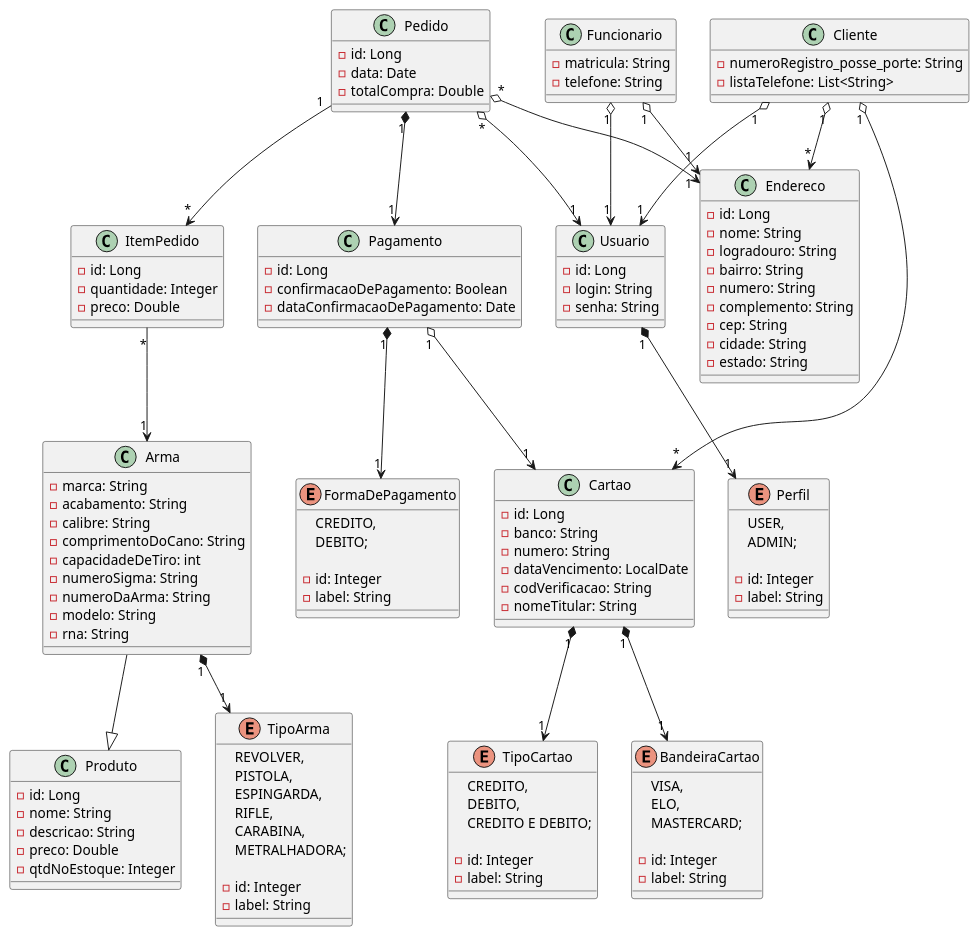
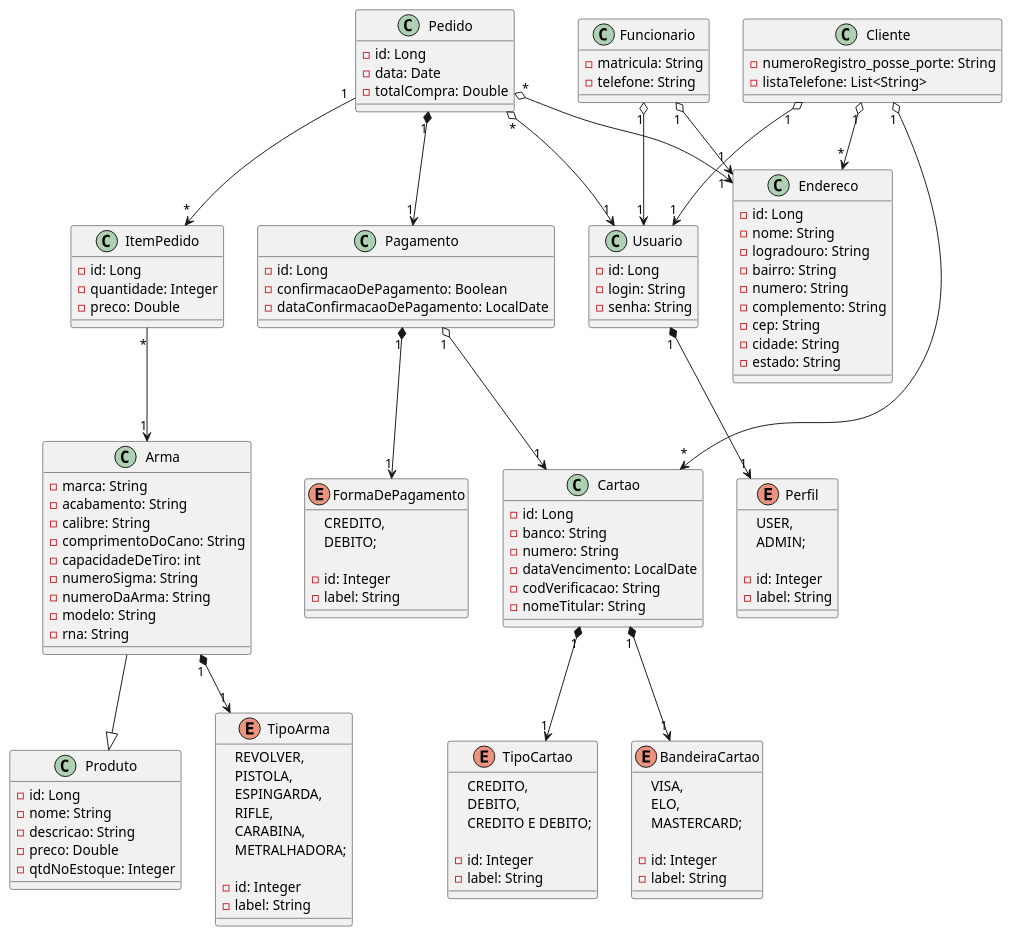
One commit to daniel-ferreira-da-costa/militropa changed the diagram in src/main/java/unitins/tp1/docs/uml_militropa.plantuml. Above: the diagram before and after it, drawn with PlantUML. The commit also changed 75 other files, not shown here.

```diff
--- a/src/main/java/unitins/tp1/docs/uml_militropa.plantuml
+++ b/src/main/java/unitins/tp1/docs/uml_militropa.plantuml
@@ -1,150 +1,150 @@
 @startuml Tabacaria
 '========Produto========='
 class Produto{
     - id: Long
     - nome: String
     - descricao: String
     - preco: Double
     - qtdNoEstoque: Integer
 }
 
 class Arma{
     - marca: String
     - acabamento: String
     - calibre: String
     - comprimentoDoCano: String
     - capacidadeDeTiro: int
     - numeroSigma: String
     - numeroDaArma: String
     - modelo: String
     - rna: String
 }
 
 enum TipoArma{
     REVOLVER,
     PISTOLA,
     ESPINGARDA,
     RIFLE,
     CARABINA,
     METRALHADORA;
 
     - id: Integer
     - label: String
 }
 
 '========Usuario========='
 class Usuario{
     - id: Long
     - login: String
     - senha: String
 }
 
 enum Perfil{
     USER,
     ADMIN;
 
     - id: Integer
     - label: String
 }
 
 class Funcionario{
     - matricula: String
     - telefone: String
 }
 
 class Cliente{
     - numeroRegistro_posse_porte: String
     - listaTelefone: List<String>
 }
 '========Venda========='
 class Pedido {
     - id: Long
     - data: Date
     - totalCompra: Double
 }
 
 class ItemPedido {
     - id: Long
     - quantidade: Integer
     - preco: Double
 }
 '========Pagamento========='
 class Pagamento{
     - id: Long
     - confirmacaoDePagamento: Boolean
-    - dataConfirmacaoDePagamento: Date
+    - dataConfirmacaoDePagamento: LocalDate
 }
 
 class Cartao{
     - id: Long
     - banco: String
     - numero: String
     - dataVencimento: LocalDate
     - codVerificacao: String
     - nomeTitular: String
 }
 
 enum TipoCartao{
     CREDITO,
     DEBITO,
     CREDITO E DEBITO;
 
     - id: Integer
     - label: String
 }
 
 enum FormaDePagamento {
     CREDITO,
     DEBITO;
 
     - id: Integer
     - label: String
 }
 
 enum BandeiraCartao {
     VISA,
     ELO,
     MASTERCARD;
 
     - id: Integer
     - label: String
 }
 '========Endereco========='
 class Endereco {
     - id: Long
     - nome: String
     - logradouro: String
     - bairro: String
     - numero: String
     - complemento: String
     - cep: String
     - cidade: String
     - estado: String
 }
 
 '========Relacionamentos========='
 
 Pedido "1" *--> "1" Pagamento
 Pedido "1" --> "*" ItemPedido
 Pedido "*" o--> "1" Usuario
 Pedido "*" o--> "1" Endereco
 
 Pagamento "1" o--> "1" Cartao
 Pagamento "1" *--> "1" FormaDePagamento
 
 Cartao "1" *--> "1" TipoCartao
 Cartao "1" *--> "1" BandeiraCartao
 
 ItemPedido "*" --> "1" Arma
 
 Usuario "1" *--> "1" Perfil
 Funcionario "1" o--> "1" Usuario
 Funcionario "1" o--> "1" Endereco
 Cliente "1" o--> "*" Endereco
 Cliente "1" o--> "1" Usuario
 Cliente "1" o--> "*" Cartao
 
 Arma --|> Produto
 Arma "1" *--> "1" TipoArma
 
 @enduml
```
